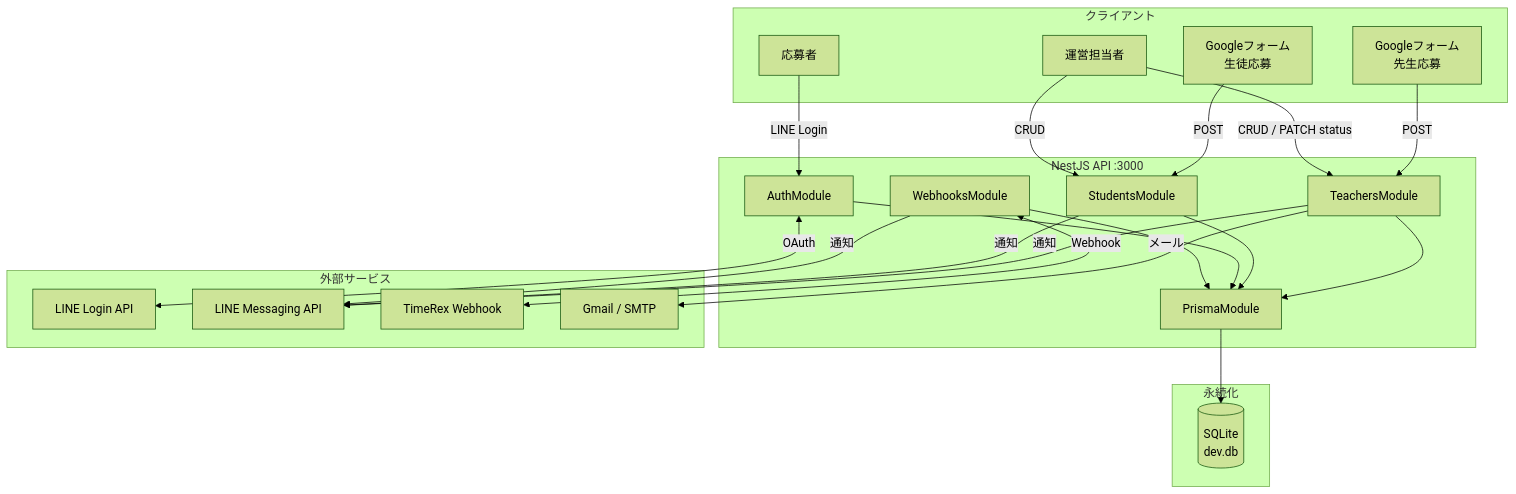
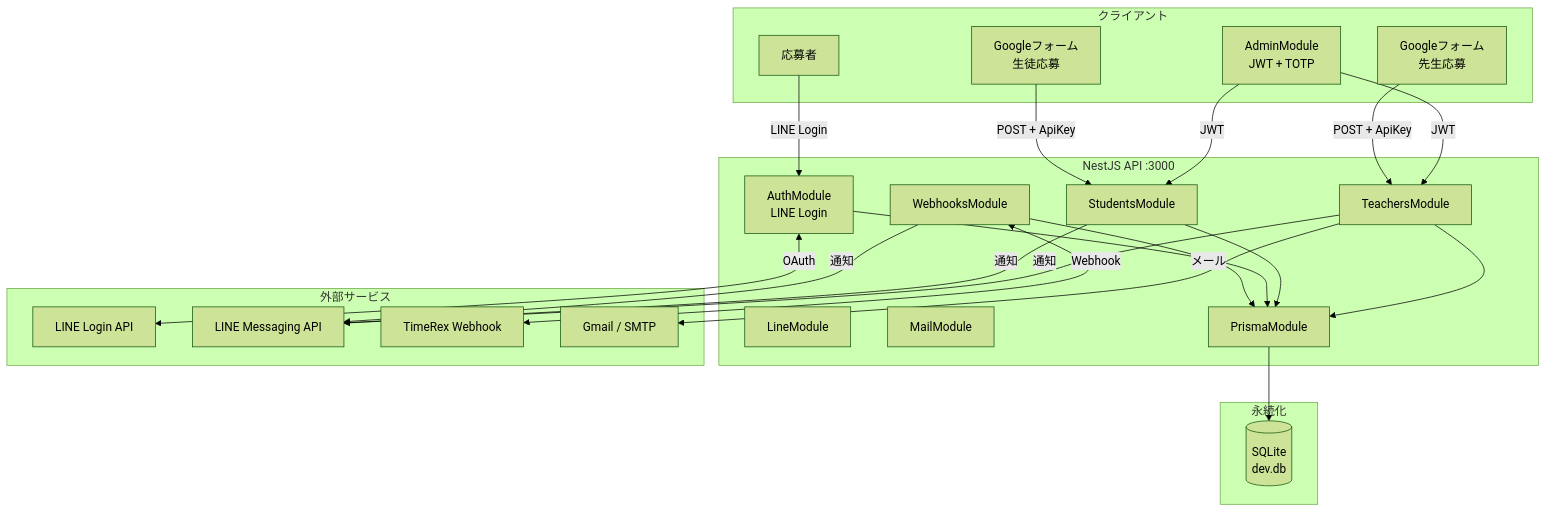
One commit to moka-neko/nests-webapp-001 changed the first of 8 diagrams in docs/detailed-design.md. Above: the diagram before and after it, drawn with Mermaid (forest theme). The commit also changed other lines of this file, not shown here.

````diff
--- a/docs/detailed-design.md
+++ b/docs/detailed-design.md
@@ -76,47 +80,50 @@
 ```mermaid
 flowchart TB
     subgraph clients [クライアント]
         GF_T[Googleフォーム<br/>先生応募]
         GF_S[Googleフォーム<br/>生徒応募]
         Admin[運営担当者]
         Applicant[応募者]
     end
 
     subgraph api [NestJS API :3000]
+        Admin[AdminModule<br/>JWT + TOTP]
         Teachers[TeachersModule]
         Students[StudentsModule]
-        Auth[AuthModule]
+        Auth[AuthModule<br/>LINE Login]
         Webhooks[WebhooksModule]
+        Line[LineModule]
+        Mail[MailModule]
         Prisma[PrismaModule]
     end
 
     subgraph external [外部サービス]
         LINE_OAuth[LINE Login API]
         LINE_Msg[LINE Messaging API]
         TimeRex[TimeRex Webhook]
         SMTP[Gmail / SMTP]
     end
 
     subgraph storage [永続化]
         DB[(SQLite<br/>dev.db)]
     end
 
-    GF_T -->|POST| Teachers
-    GF_S -->|POST| Students
-    Admin -->|CRUD / PATCH status| Teachers
-    Admin -->|CRUD| Students
+    Admin -->|JWT| Teachers
+    Admin -->|JWT| Students
+    GF_T -->|POST + ApiKey| Teachers
+    GF_S -->|POST + ApiKey| Students
     Applicant -->|LINE Login| Auth
 
     Teachers --> Prisma
     Students --> Prisma
     Auth --> Prisma
     Webhooks --> Prisma
     Prisma --> DB
 
     Teachers -->|通知| LINE_Msg
     Teachers -->|メール| SMTP
     Students -->|通知| LINE_Msg
     Auth <-->|OAuth| LINE_OAuth
     Webhooks <-->|Webhook| TimeRex
     Webhooks -->|通知| LINE_Msg
 ```
````
